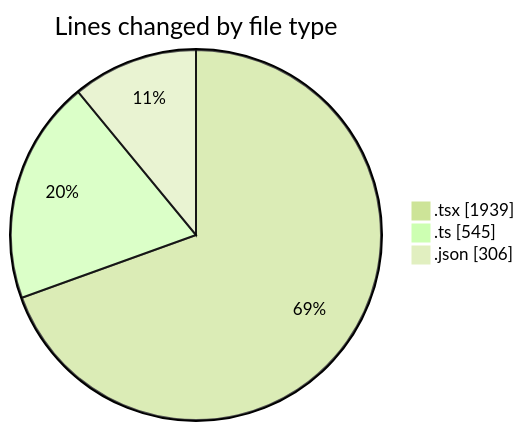
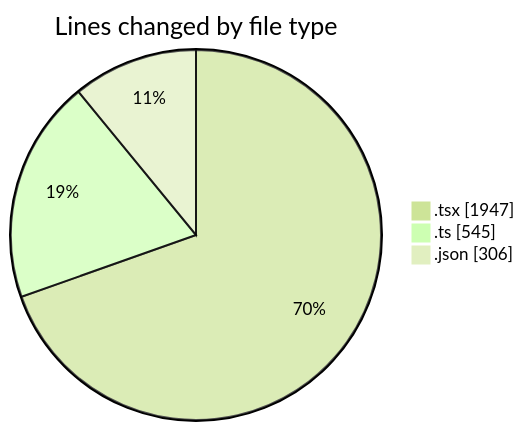
Before and after one commit to julien-gomy/code-tracking: the first of 2 diagrams in 2025-11-22/eventscop-frontend-guide__workspace_/README.md, drawn with Mermaid (forest theme). The commit also changed other lines of this file and 1 other file, not shown here.

````diff
--- a/2025-11-22/eventscop-frontend-guide__workspace_/README.md
+++ b/2025-11-22/eventscop-frontend-guide__workspace_/README.md
@@ -43,7 +43,7 @@
 ```mermaid
 pie showData
 title Lines changed by file type
-".tsx" : 1939
+".tsx" : 1947
 ".ts" : 545
 ".json" : 306
 ```
````
